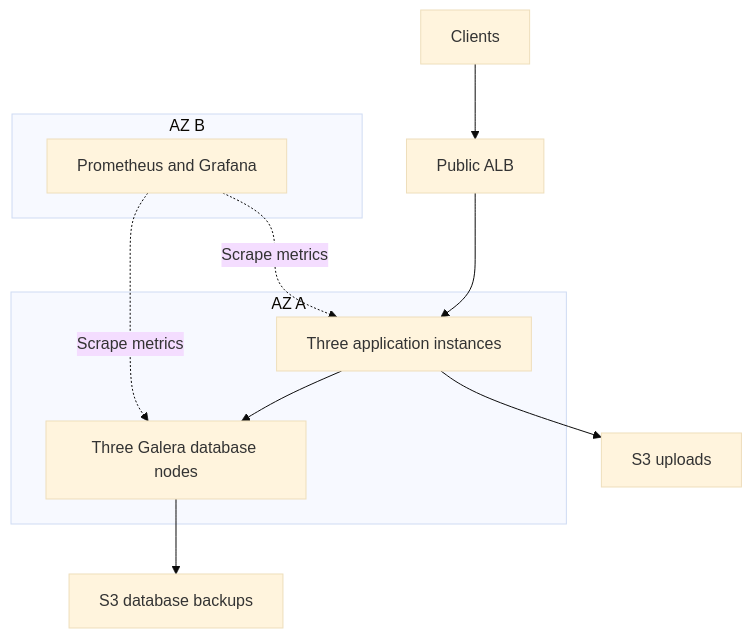
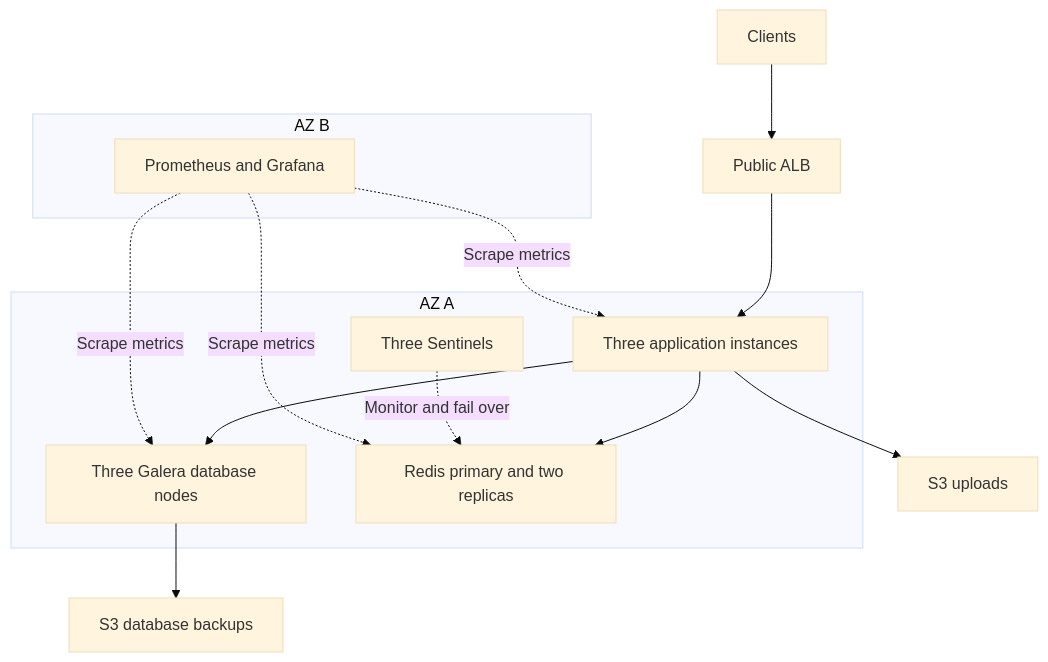
One commit to StasX/RollingDeployment changed the diagram in README.md. Above: the diagram before and after it, drawn with Mermaid (base theme). The commit also changed other lines of this file, not shown here.

````diff
--- a/README.md
+++ b/README.md
@@ -20,15 +20,18 @@
 ```mermaid
 flowchart TD
     Clients[Clients] --> ALB[Public ALB]
     subgraph A[AZ A]
-        Apps[Three application instances] --> DB[Three Galera database nodes]
+    Apps[Three application instances] --> DB[Three Galera database nodes]
+    Apps --> Redis[Redis primary and two replicas]
+    Sentinel[Three Sentinels] -. Monitor and fail over .-> Redis
     end
     subgraph B[AZ B]
         Monitor[Prometheus and Grafana]
     end
     ALB --> Apps
     Monitor -. Scrape metrics .-> Apps
     Monitor -. Scrape metrics .-> DB
+    Monitor -. Scrape metrics .-> Redis
     Apps --> Uploads[S3 uploads]
     DB --> Backups[S3 database backups]
 ```
````
